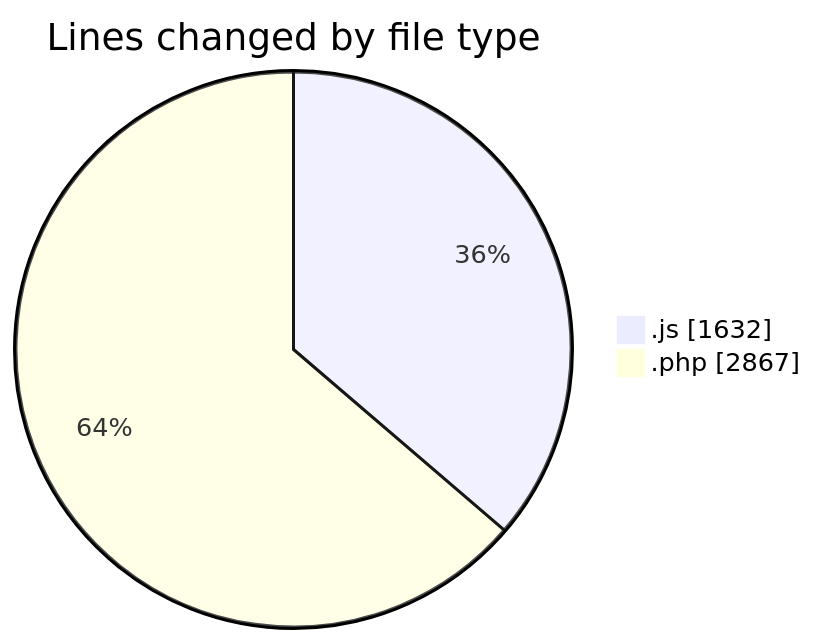
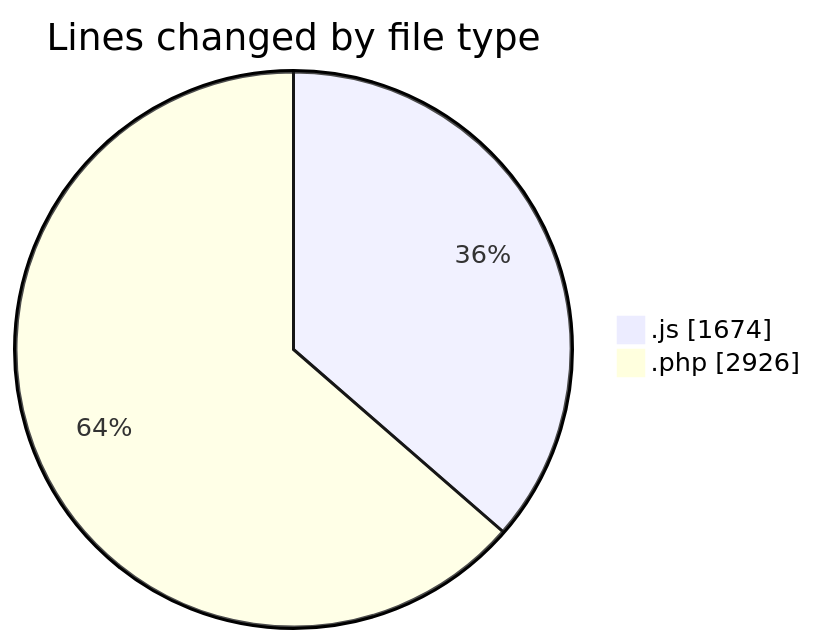
One commit to debugP/code-tracking changed the first of 2 diagrams in 2026-10-21/untitled__workspace_/README.md. Above: the diagram before and after it, drawn with Mermaid. The commit also changed other lines of this file and 1 other file, not shown here.

````diff
--- a/2026-10-21/untitled__workspace_/README.md
+++ b/2026-10-21/untitled__workspace_/README.md
@@ -21,6 +21,6 @@
 ```mermaid
 pie showData
 title Lines changed by file type
-".js" : 1632
-".php" : 2867
+".js" : 1674
+".php" : 2926
 ```
````
